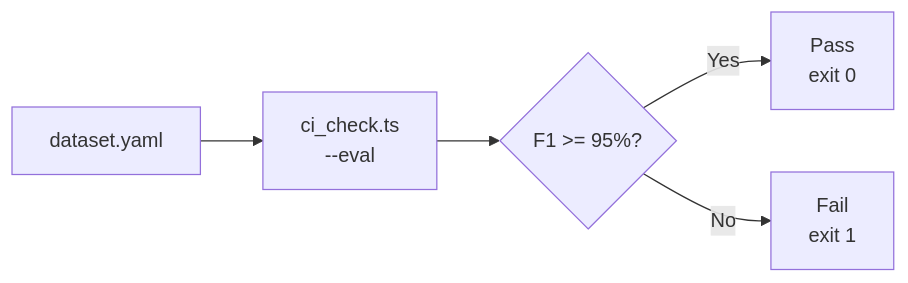
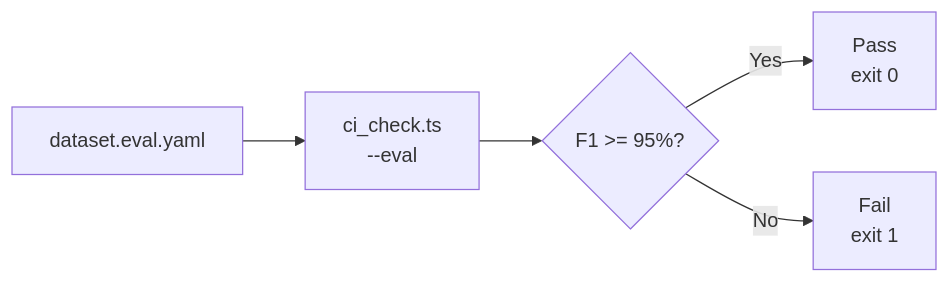
Before and after one commit to EntityProcess/agentv: the second of 2 diagrams in examples/showcase/export-screening/README.md, drawn with Mermaid. The commit also changed other lines of this file and 110 other files, not shown here.

First line of the commit message:
refactor: rename dataset files to *.eval.yaml convention (#282)

````diff
--- a/examples/showcase/export-screening/README.md
+++ b/examples/showcase/export-screening/README.md
@@ -190,7 +190,7 @@
 ```mermaid
 flowchart LR
-    A[dataset.yaml] --> B[ci_check.ts<br/>--eval]
+    A[dataset.eval.yaml] --> B[ci_check.ts<br/>--eval]
     B --> C{F1 >= 95%?}
     C -->|Yes| D[Pass<br/>exit 0]
     C -->|No| E[Fail<br/>exit 1]
 ```
````
